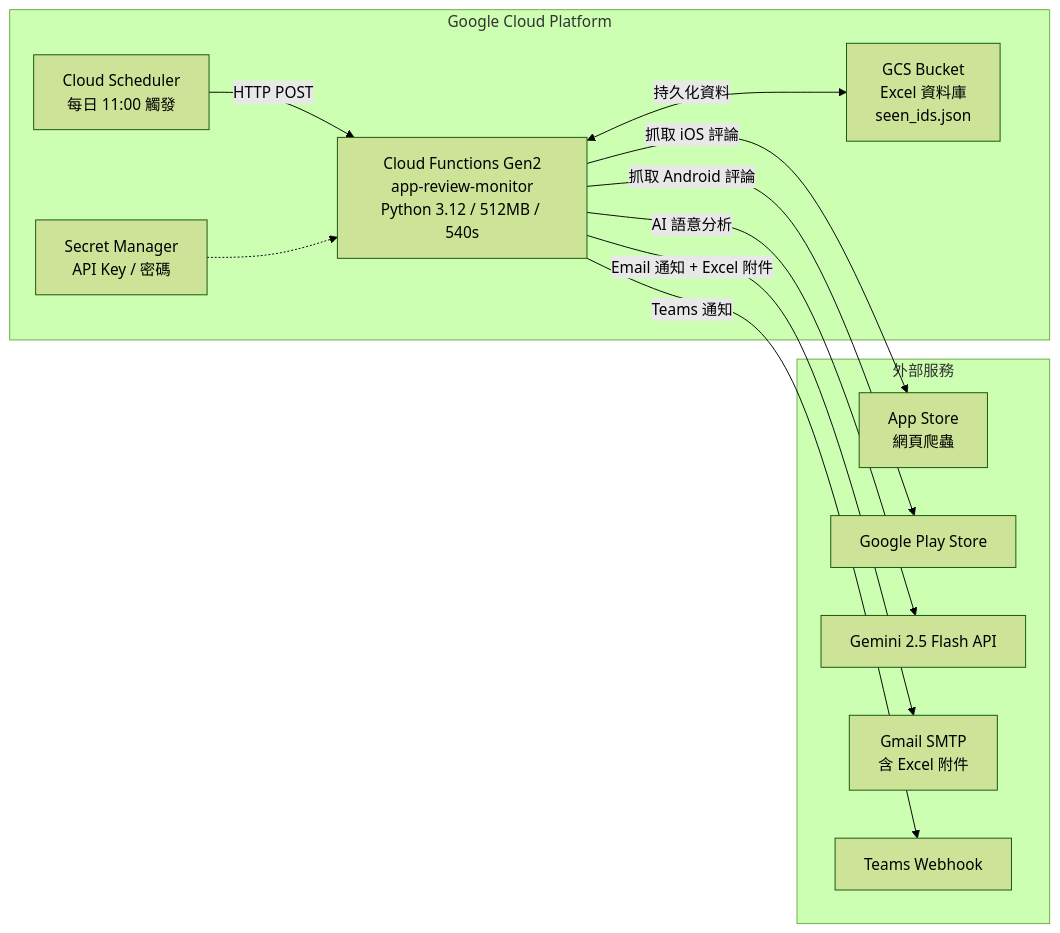
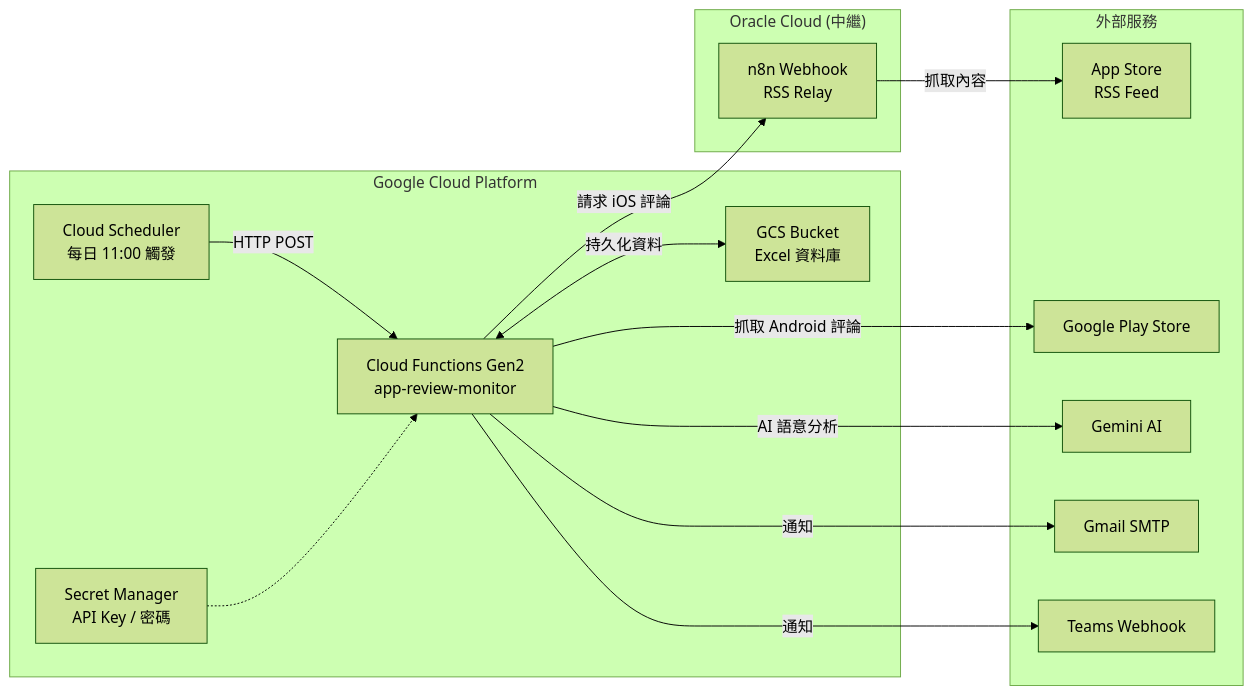
Before and after one commit to a9181873/App_review_monitoring: the diagram in DEPLOYMENT_GUIDE.md, drawn with Mermaid (forest theme). The commit also changed other lines of this file and 30 other files, not shown here.

````diff
--- a/DEPLOYMENT_GUIDE.md
+++ b/DEPLOYMENT_GUIDE.md
@@ -9,26 +9,31 @@
 ```mermaid
 graph LR
     subgraph GCP["Google Cloud Platform"]
         Scheduler["Cloud Scheduler<br/>每日 11:00 觸發"]
-        CF["Cloud Functions Gen2<br/>app-review-monitor<br/>Python 3.12 / 512MB / 540s"]
-        GCS["GCS Bucket<br/>Excel 資料庫<br/>seen_ids.json"]
+        CF["Cloud Functions Gen2<br/>app-review-monitor"]
+        GCS["GCS Bucket<br/>Excel 資料庫"]
         Secrets["Secret Manager<br/>API Key / 密碼"]
     end
 
+    subgraph Oracle["Oracle Cloud (中繼)"]
+        n8n["n8n Webhook<br/>RSS Relay"]
+    end
+
     subgraph External["外部服務"]
-        AppStore["App Store<br/>網頁爬蟲"]
+        AppStore["App Store<br/>RSS Feed"]
         PlayStore["Google Play Store"]
-        GeminiAPI["Gemini 2.5 Flash API"]
-        SMTP["Gmail SMTP<br/>含 Excel 附件"]
+        GeminiAPI["Gemini AI"]
+        SMTP["Gmail SMTP"]
         TeamsWH["Teams Webhook"]
     end
 
     Scheduler -->|HTTP POST| CF
     Secrets -.-> CF
     CF <-->|持久化資料| GCS
-    CF -->|抓取 iOS 評論| AppStore
+    CF -->|請求 iOS 評論| n8n
+    n8n -->|抓取內容| AppStore
     CF -->|抓取 Android 評論| PlayStore
     CF -->|AI 語意分析| GeminiAPI
-    CF -->|Email 通知 + Excel 附件| SMTP
-    CF -->|Teams 通知| TeamsWH
+    CF -->|通知| SMTP
+    CF -->|通知| TeamsWH
 ```
````
